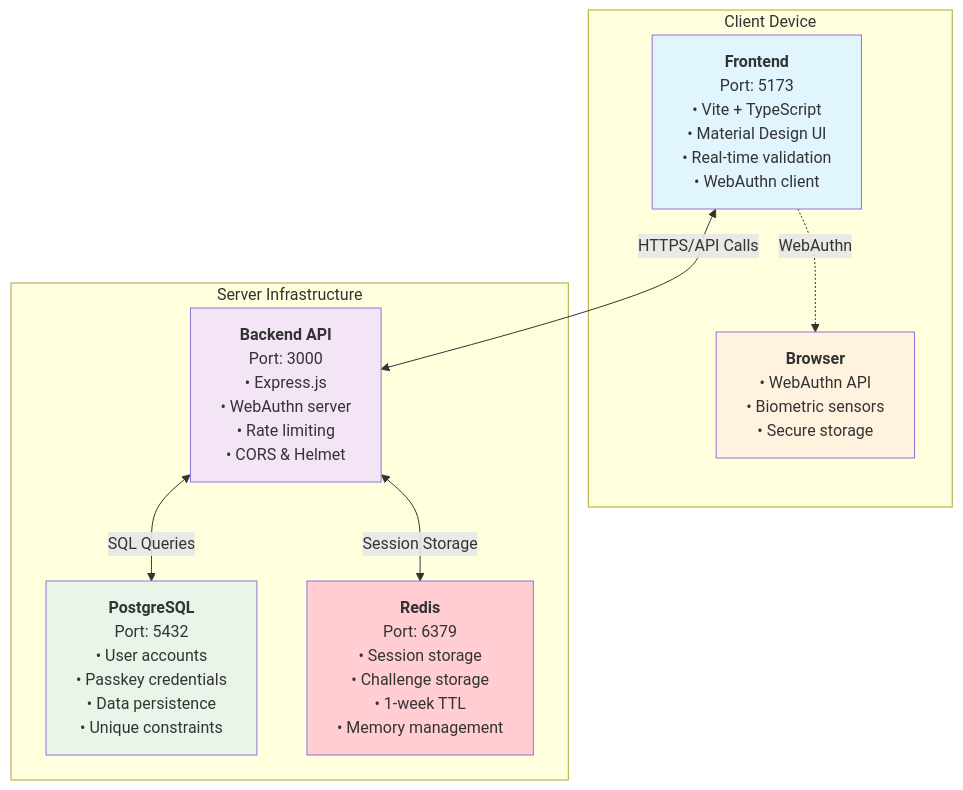
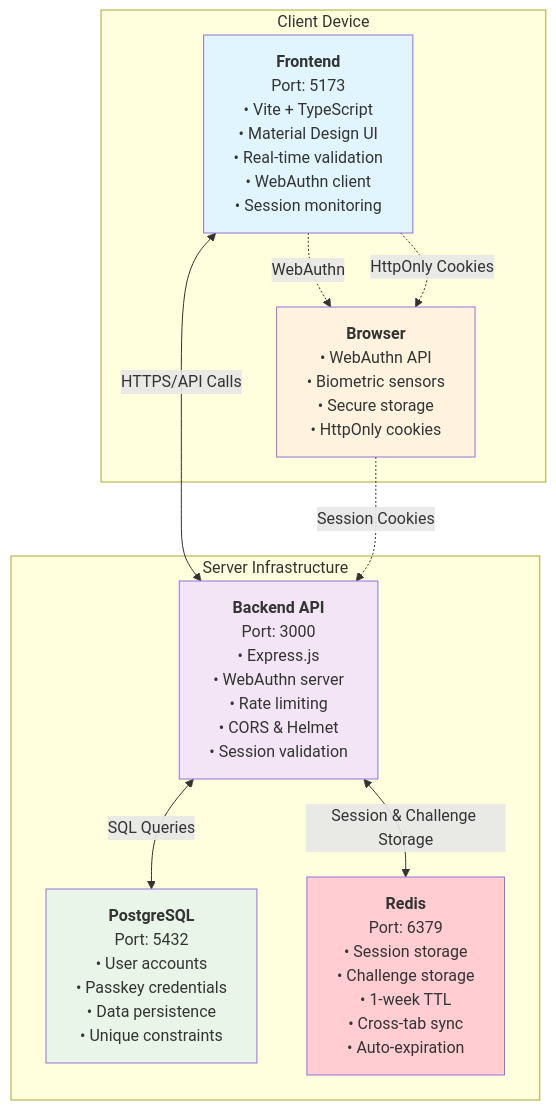
One commit to mabreyes/cssecdv-passkeys changed the first of 7 diagrams in README.md. Above: the diagram before and after it, drawn with Mermaid. The commit also changed other lines of this file, not shown here.

Commit message:
fix: Add threat diagram in readme

````diff
--- a/README.md
+++ b/README.md
@@ -148,50 +206,56 @@
 ```mermaid
 graph TB
     subgraph "Client Device"
         Frontend["`**Frontend**
         Port: 5173
         • Vite + TypeScript
         • Material Design UI
         • Real-time validation
-        • WebAuthn client`"]
+        • WebAuthn client
+        • Session monitoring`"]
 
         Browser["`**Browser**
         • WebAuthn API
         • Biometric sensors
-        • Secure storage`"]
+        • Secure storage
+        • HttpOnly cookies`"]
     end
 
     subgraph "Server Infrastructure"
         Backend["`**Backend API**
         Port: 3000
         • Express.js
         • WebAuthn server
         • Rate limiting
-        • CORS & Helmet`"]
+        • CORS & Helmet
+        • Session validation`"]
 
         Database["`**PostgreSQL**
         Port: 5432
         • User accounts
         • Passkey credentials
         • Data persistence
         • Unique constraints`"]
 
         Redis["`**Redis**
         Port: 6379
         • Session storage
         • Challenge storage
         • 1-week TTL
-        • Memory management`"]
+        • Cross-tab sync
+        • Auto-expiration`"]
     end
 
     Frontend <-->|HTTPS/API Calls| Backend
     Backend <-->|SQL Queries| Database
-    Backend <-->|Session Storage| Redis
+    Backend <-->|Session & Challenge Storage| Redis
     Frontend -.->|WebAuthn| Browser
+    Frontend -.->|HttpOnly Cookies| Browser
+    Browser -.->|Session Cookies| Backend
 
     style Frontend fill:#e1f5fe
     style Backend fill:#f3e5f5
     style Database fill:#e8f5e8
     style Redis fill:#ffcdd2
     style Browser fill:#fff3e0
 ```
````
